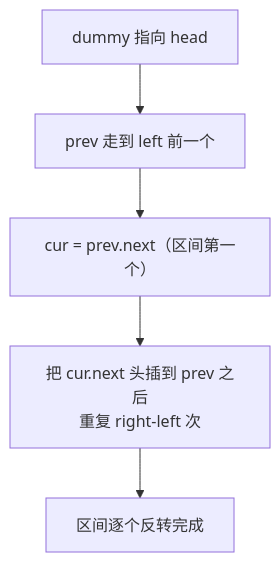
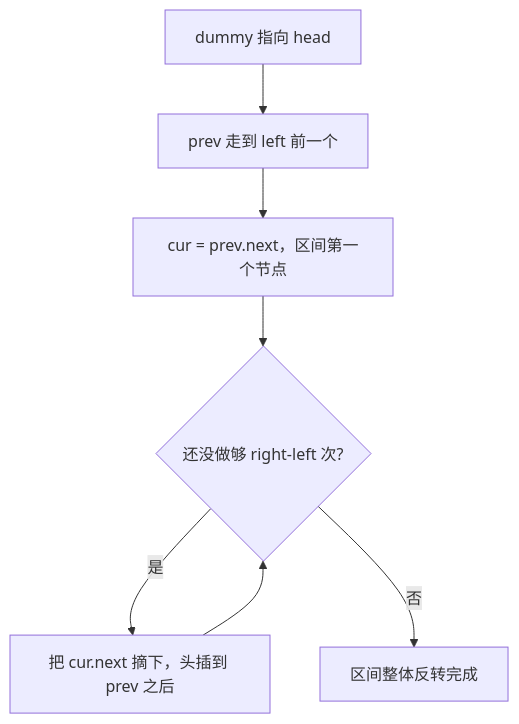
Before and after one commit to OctalZero/hot100-py: the first of 2 diagrams in 19-大厂加餐/字节加餐/0092-反转链表II.md, drawn with Mermaid. The commit also changed other lines of this file and 117 other files, not shown here.

First line of the commit message:
feat: 全题解配图升级为「动画式 mermaid」（总览骨架 + 横向时间线逐步推演）

````diff
--- a/19-大厂加餐/字节加餐/0092-反转链表II.md
+++ b/19-大厂加餐/字节加餐/0092-反转链表II.md
@@ -24,7 +24,9 @@
 ```mermaid
 flowchart TD
     A["dummy 指向 head"] --> B["prev 走到 left 前一个"]
-    B --> C["cur = prev.next（区间第一个）"]
-    C --> D["把 cur.next 头插到 prev 之后<br/>重复 right-left 次"]
-    D --> E["区间逐个反转完成"]
+    B --> C["cur = prev.next，区间第一个节点"]
+    C --> D{"还没做够 right-left 次?"}
+    D -->|"是"| E["把 cur.next 摘下，头插到 prev 之后"]
+    E --> D
+    D -->|"否"| F["区间整体反转完成"]
 ```
````
